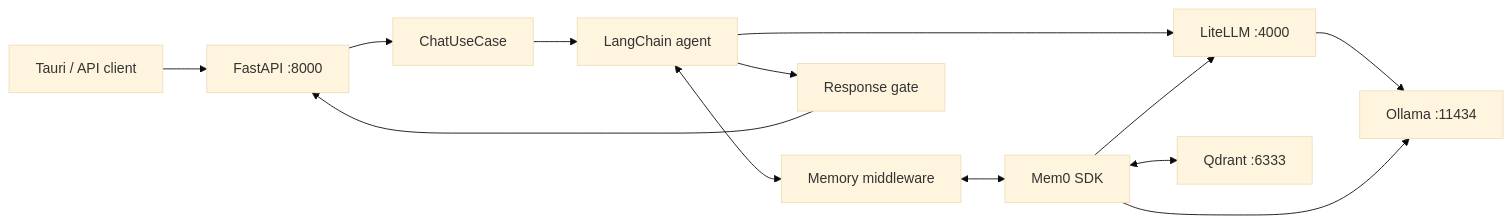
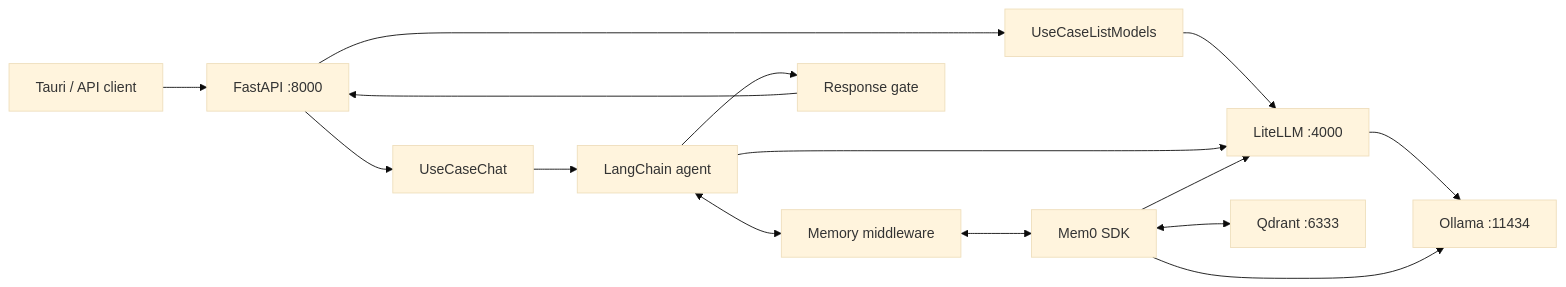
One commit to ronaldyu001/PERSONAL-harness-backend changed the diagram in README.md. Above: the diagram before and after it, drawn with Mermaid (base theme). The commit also changed other lines of this file and 66 other files, not shown here.

Commit message:
Added models/list_models route. Enforced role, name naming convention across the repo.

````diff
--- a/README.md
+++ b/README.md
@@ -45,15 +45,17 @@
 ```mermaid
 flowchart LR
     Client["Tauri / API client"] --> API["FastAPI :8000"]
-    API --> UseCase["ChatUseCase"]
+    API --> UseCase["UseCaseChat"]
+    API --> Models["UseCaseListModels"]
     UseCase --> Agent["LangChain agent"]
+    Models --> LiteLLM
     Agent --> LiteLLM["LiteLLM :4000"]
     LiteLLM --> Ollama["Ollama :11434"]
     Agent <--> Memory["Memory middleware"]
     Memory <--> Mem0["Mem0 SDK"]
     Mem0 <--> Qdrant["Qdrant :6333"]
     Mem0 --> LiteLLM
     Mem0 --> Ollama
     Agent --> Gate["Response gate"]
     Gate --> API
 ```
````
